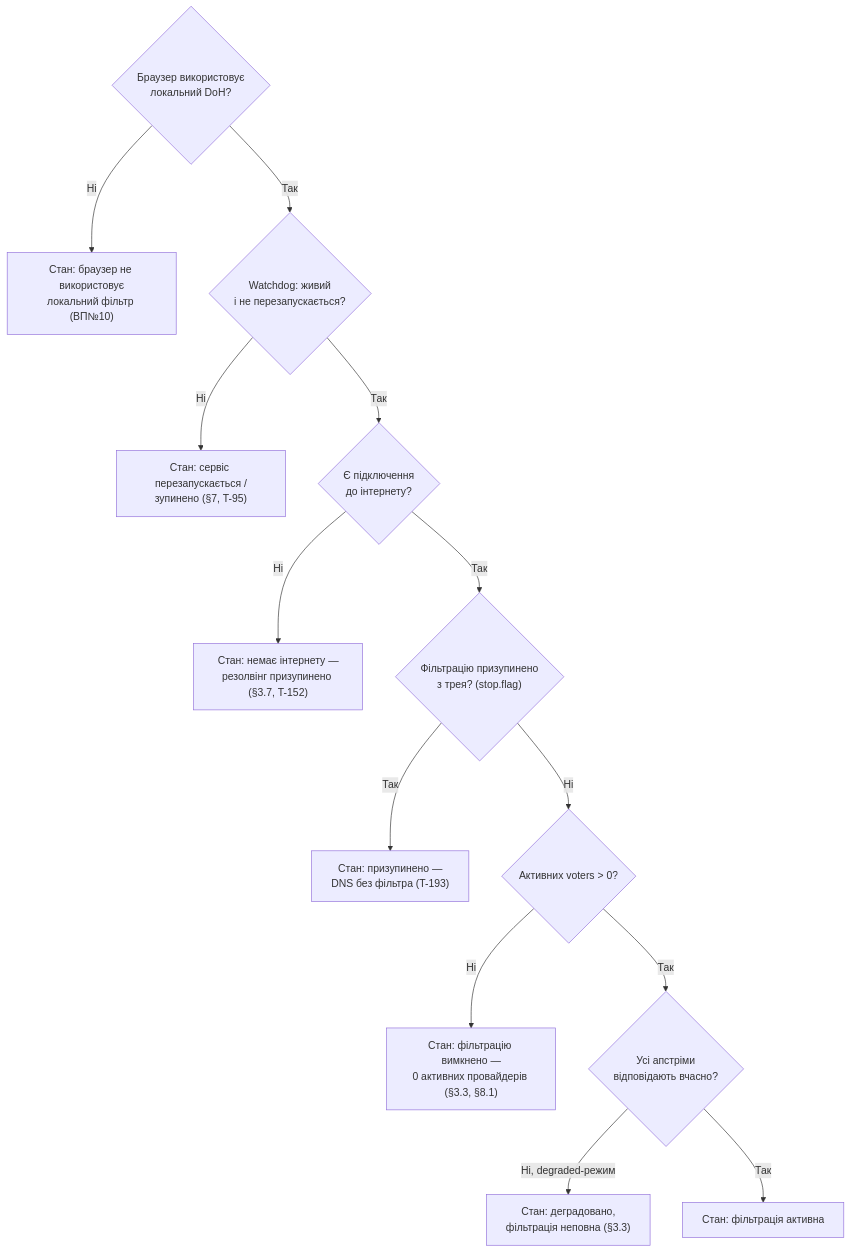
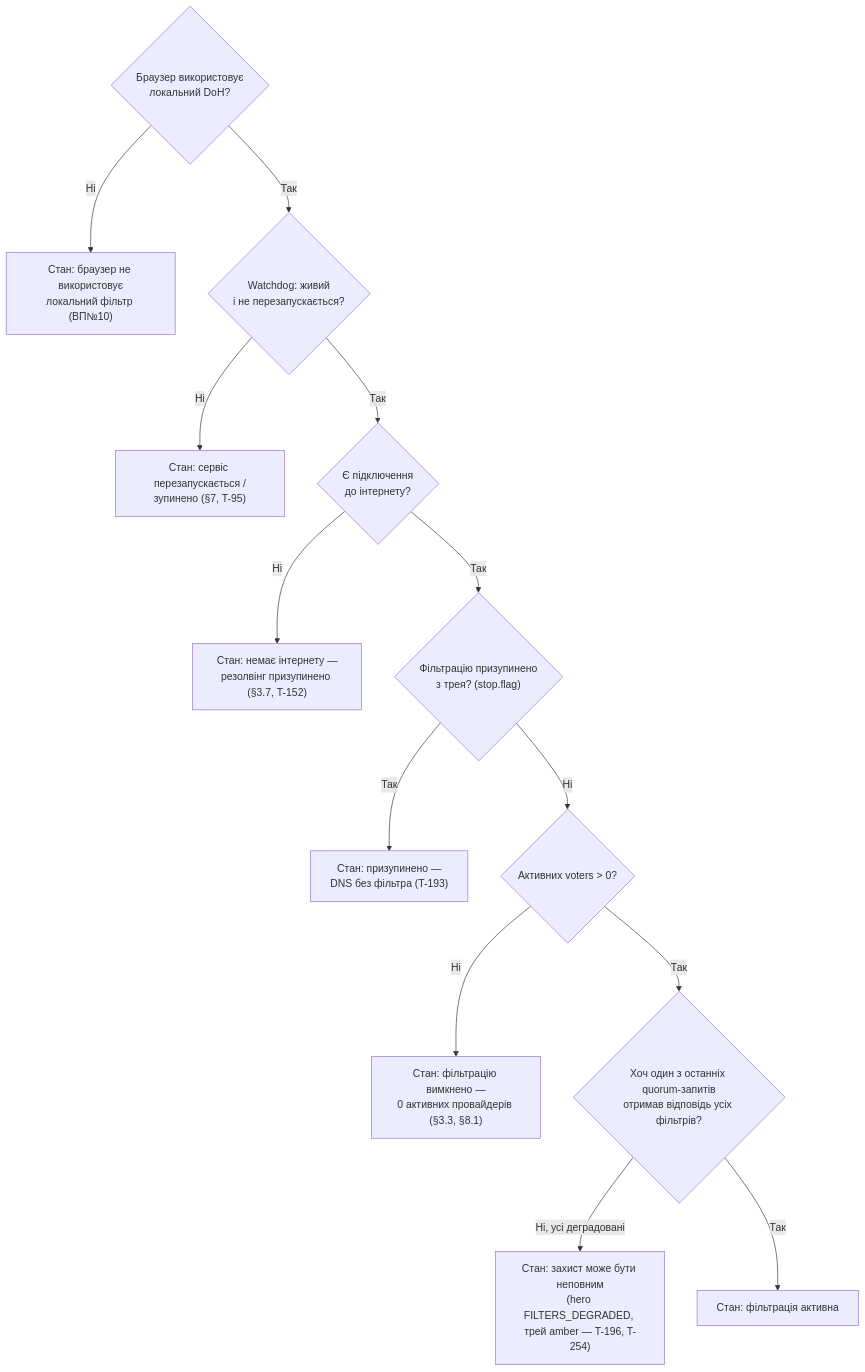
Before and after one commit to user137/dns-quorum-filter: the diagram in diagrams/ui-status-indicator.md, drawn with Mermaid. The commit also changed other lines of this file and 8 other files, not shown here.

First line of the commit message:
docs: wave 3 - hero FILTERS_DEGRADED, last browser query, autostart row (T-254, ARCH-04, T-243)

````diff
--- a/diagrams/ui-status-indicator.md
+++ b/diagrams/ui-status-indicator.md
@@ -43,16 +43,16 @@
 ```mermaid
 flowchart TD
     Check1{"Браузер використовує<br/>локальний DoH?"}
     Check1 -->|Ні| S1["Стан: браузер не використовує<br/>локальний фільтр (ВП№10)"]
     Check1 -->|Так| Check2{"Watchdog: живий<br/>і не перезапускається?"}
     Check2 -->|Ні| S2["Стан: сервіс перезапускається /<br/>зупинено (§7, T-95)"]
     Check2 -->|Так| Check3{"Є підключення<br/>до інтернету?"}
     Check3 -->|Ні| S3["Стан: немає інтернету —<br/>резолвінг призупинено (§3.7, T-152)"]
     Check3 -->|Так| Check3a{"Фільтрацію призупинено<br/>з трея? (stop.flag)"}
     Check3a -->|Так| S3a["Стан: призупинено —<br/>DNS без фільтра (T-193)"]
     Check3a -->|Ні| Check4{"Активних voters > 0?"}
     Check4 -->|Ні| S4["Стан: фільтрацію вимкнено —<br/>0 активних провайдерів (§3.3, §8.1)"]
-    Check4 -->|Так| Check5{"Усі апстріми<br/>відповідають вчасно?"}
-    Check5 -->|Ні, degraded-режим| S5["Стан: деградовано,<br/>фільтрація неповна (§3.3)"]
+    Check4 -->|Так| Check5{"Хоч один з останніх quorum-запитів<br/>отримав відповідь усіх фільтрів?"}
+    Check5 -->|Ні, усі деградовані| S5["Стан: захист може бути неповним<br/>(hero FILTERS_DEGRADED, трей amber — T-196, T-254)"]
     Check5 -->|Так| S6["Стан: фільтрація активна"]
 ```
````
